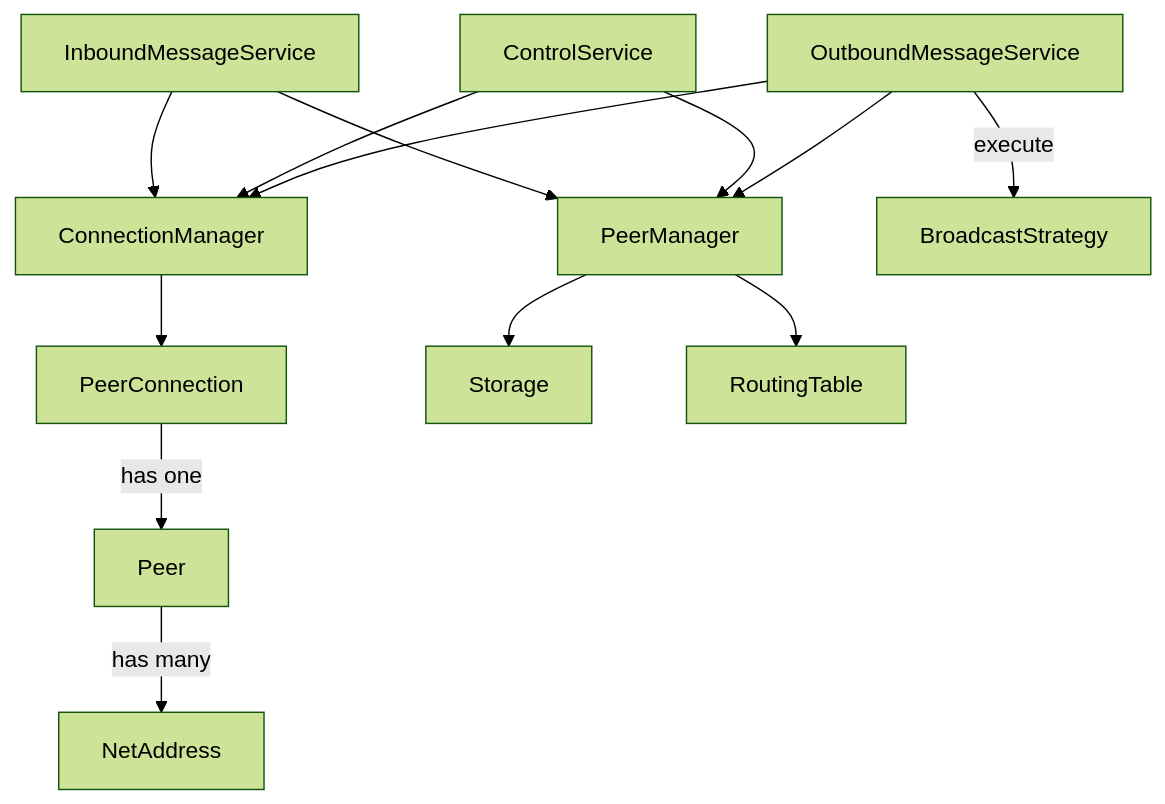
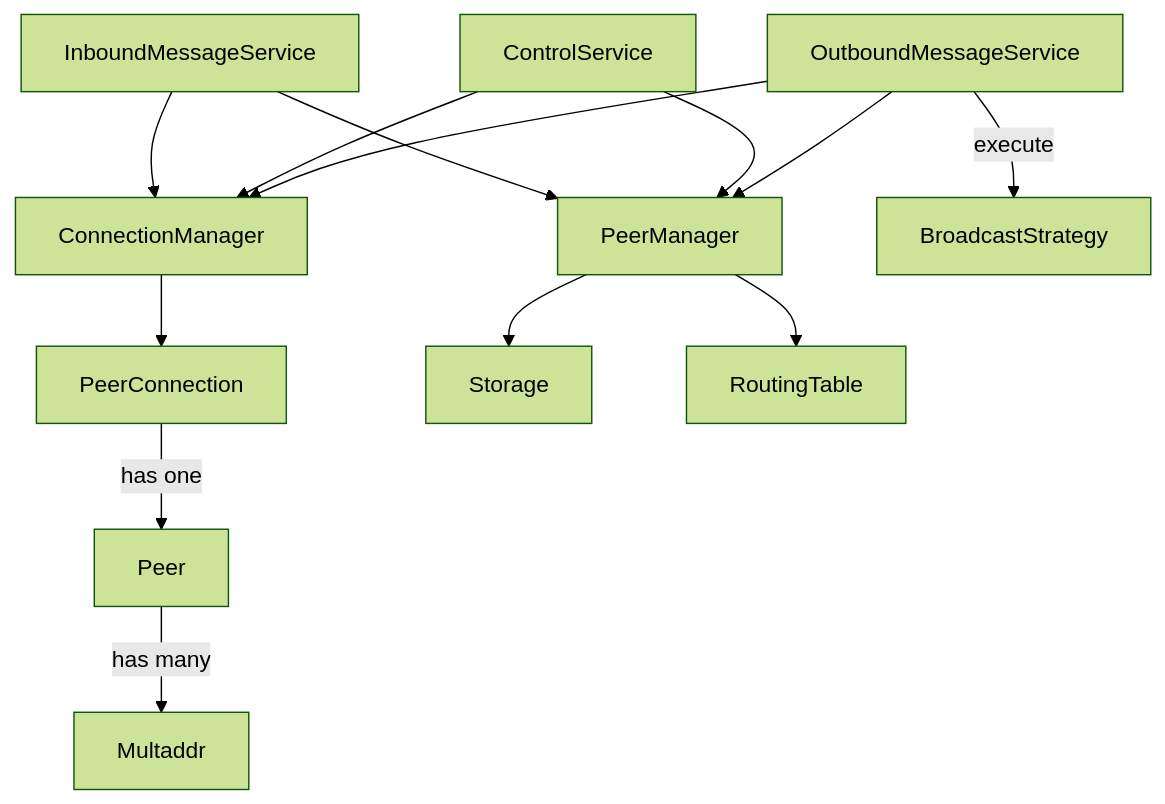
The diagram in src/RFC-0172_PeerToPeerMessagingProtocol.md (tari-project/rfcs), drawn with Mermaid (forest theme) before and after one commit. The commit also changed other lines of this file, not shown here.

```diff
--- a/src/RFC-0172_PeerToPeerMessagingProtocol.md
+++ b/src/RFC-0172_PeerToPeerMessagingProtocol.md
@@ -154,26 +115,26 @@
 <div class="mermaid">
 graph TD
 CSRV[ControlService]
 IMS[InboundMessageService]
 PM[PeerManager]
 CM[ConnectionManager]
 BCS[BroadcastStrategy]
 OMS[OutboundMessageService] 
 PC[PeerConnection] 
-NA[NetAddress]
+MA[Multaddr]
 STR[Storage]
 PEER[Peer]
 RT[RoutingTable]
 IMS --> PM
 IMS --> CM
 CSRV --> CM
 CSRV --> PM
 OMS -->|execute| BCS
 OMS --> PM
 OMS --> CM
 PM --> RT
 PM --> STR
 CM --> PC
 PC -->|has one| PEER
-PEER -->|has many| NA
+PEER -->|has many| MA
 </div>
```
